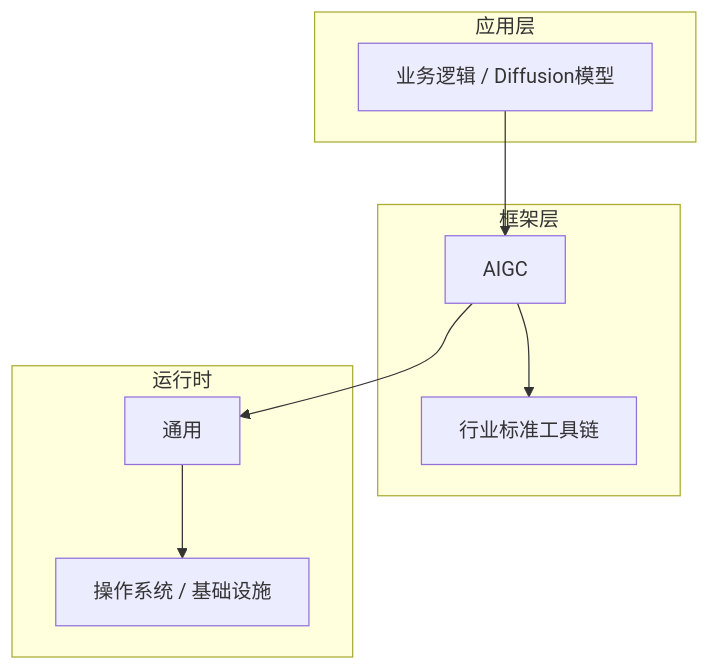
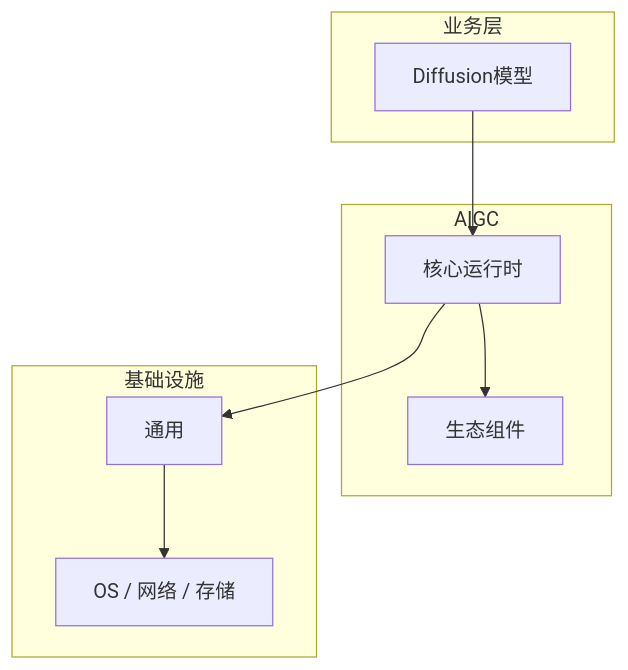
Before and after one commit to yanggan2015/knowledge-json-v2: the diagram in articles/AIGC/chapters/022-Diffusion模型核心概念与原理.md, drawn with Mermaid. The commit also changed other lines of this file and 10127 other files, not shown here.

````diff
--- a/articles/AIGC/chapters/022-Diffusion模型核心概念与原理.md
+++ b/articles/AIGC/chapters/022-Diffusion模型核心概念与原理.md
@@ -45,18 +30,18 @@
 ```mermaid
 graph TB
-    subgraph 应用层
-        A[业务逻辑 / Diffusion模型]
+    subgraph 业务层
+        A[Diffusion模型]
     end
-    subgraph 框架层
-        B[AIGC]
-        C[行业标准工具链]
+    subgraph AIGC
+        B[核心运行时]
+        C[生态组件]
     end
-    subgraph 运行时
+    subgraph 基础设施
         D[通用]
-        E[操作系统 / 基础设施]
+        E[OS / 网络 / 存储]
     end
     A --> B
     B --> C
     B --> D
     D --> E
 ```
````
